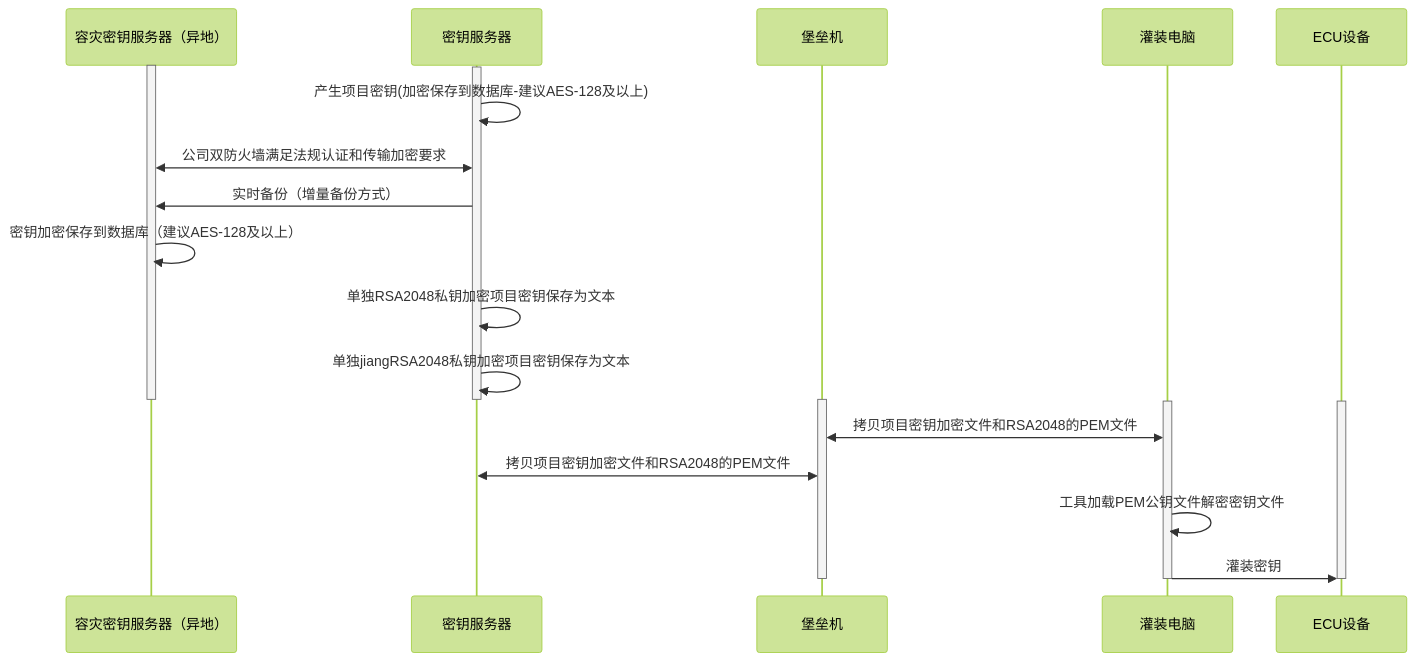
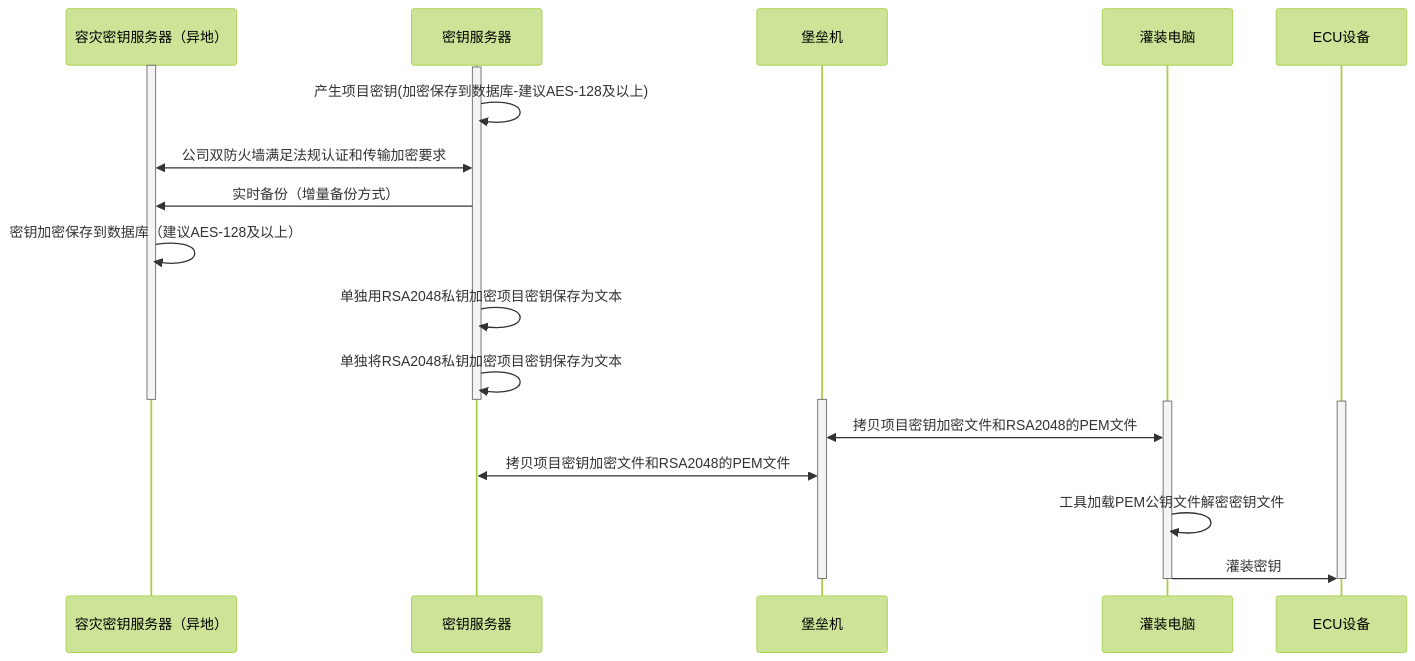
One commit to facebook-cloud/iodraw-files changed the diagram in all/未命名-15.md. Above: the diagram before and after it, drawn with Mermaid (forest theme).

Commit message:
2026-02-07 14:08:09 update

````diff
--- a/all/未命名-15.md
+++ b/all/未命名-15.md
@@ -1,32 +1,32 @@
 ```mermaid
 sequenceDiagram
     participant A as 容灾密钥服务器（异地）
     participant B as 密钥服务器
     participant C as 堡垒机
     participant D as 灌装电脑
     participant E as ECU设备
 
     activate A
     activate B
     B->>B: 产生项目密钥(加密保存到数据库-建议AES-128及以上)
     A<<->>B: 公司双防火墙满足法规认证和传输加密要求
     B->>A: 实时备份（增量备份方式）
     A->>A: 密钥加密保存到数据库（建议AES-128及以上）
-    B->>B: 单独RSA2048私钥加密项目密钥保存为文本
-    B->>B: 单独jiangRSA2048私钥加密项目密钥保存为文本
+    B->>B: 单独用RSA2048私钥加密项目密钥保存为文本
+    B->>B: 单独将RSA2048私钥加密项目密钥保存为文本
     deactivate B
     deactivate A
 
     activate C
     activate D
     activate E
 
     D<<->>C: 拷贝项目密钥加密文件和RSA2048的PEM文件
     C<<->>B: 拷贝项目密钥加密文件和RSA2048的PEM文件
     D->>D:工具加载PEM公钥文件解密密钥文件
     D->>E: 灌装密钥
     deactivate C
     deactivate D
     deactivate E
 
 ```
````
